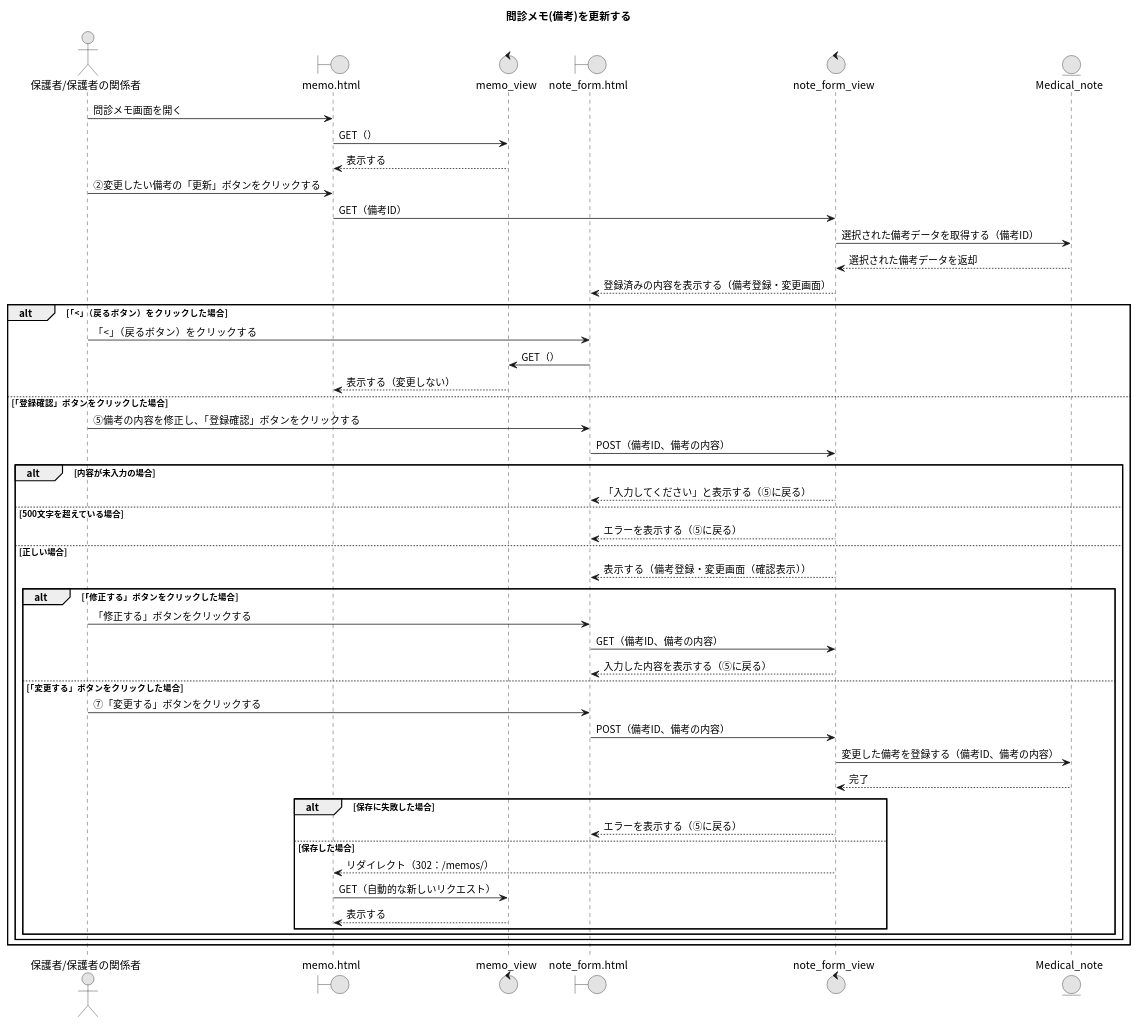
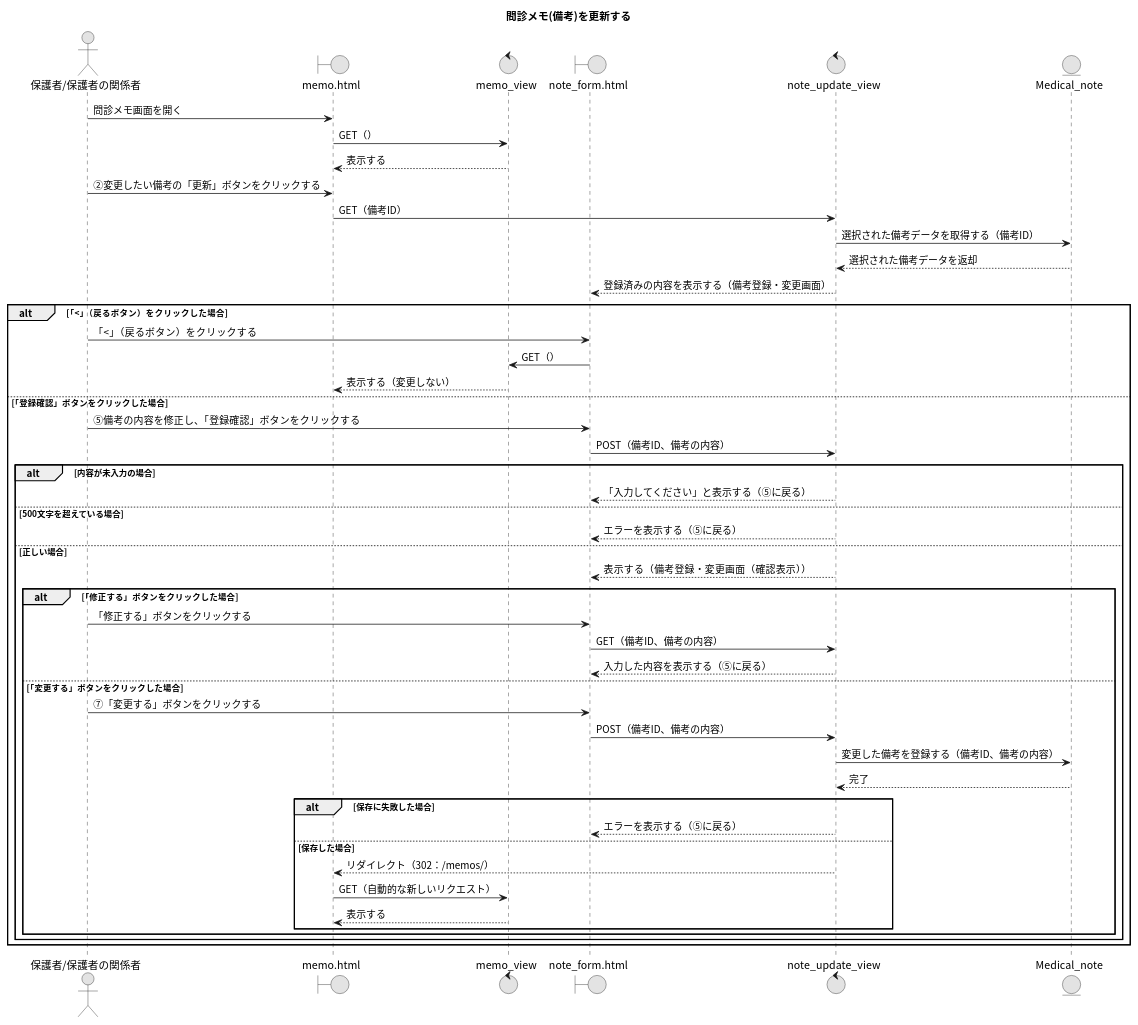
Before and after one commit to Ma2naga190330/26_sotugyou_puml: the diagram in 20_問診メモ(備考)を更新する.puml, drawn with PlantUML. The commit also changed 2 other files, not shown here.

```diff
--- a/20_問診メモ(備考)を更新する.puml
+++ b/20_問診メモ(備考)を更新する.puml
@@ -1,56 +1,56 @@
 @startuml
 title 問診メモ(備考)を更新する
 skinparam defaultFontName "Noto Sans CJK JP"
 skinparam monochrome true
 
 actor "保護者/保護者の関係者" as A
 boundary "memo.html" as MP
 control "memo_view" as MV
 boundary "note_form.html" as NFP
-control "note_form_view" as NFV
+control "note_update_view" as NUV
 entity "Medical_note" as MNM
 
 ' 最初の画面表示（問診メモ画面）
 A -> MP : 問診メモ画面を開く
 MP -> MV : GET（）
 MV --> MP : 表示する
 
 A -> MP : ②変更したい備考の「更新」ボタンをクリックする
-MP -> NFV : GET（備考ID）
-NFV -> MNM : 選択された備考データを取得する（備考ID）
-NFV <-- MNM : 選択された備考データを返却
-NFV --> NFP : 登録済みの内容を表示する（備考登録・変更画面）
+MP -> NUV : GET（備考ID）
+NUV -> MNM : 選択された備考データを取得する（備考ID）
+NUV <-- MNM : 選択された備考データを返却
+NUV --> NFP : 登録済みの内容を表示する（備考登録・変更画面）
 
 alt 「<」（戻るボタン）をクリックした場合
   A -> NFP : 「<」（戻るボタン）をクリックする
   NFP -> MV : GET（）
   MV --> MP : 表示する（変更しない）
 else 「登録確認」ボタンをクリックした場合
   A -> NFP : ⑤備考の内容を修正し、「登録確認」ボタンをクリックする
-  NFP -> NFV : POST（備考ID、備考の内容）
+  NFP -> NUV : POST（備考ID、備考の内容）
   alt 内容が未入力の場合
-    NFV --> NFP : 「入力してください」と表示する（⑤に戻る）
+    NUV --> NFP : 「入力してください」と表示する（⑤に戻る）
   else 500文字を超えている場合
-    NFV --> NFP : エラーを表示する（⑤に戻る）
+    NUV --> NFP : エラーを表示する（⑤に戻る）
   else 正しい場合
-    NFV --> NFP : 表示する（備考登録・変更画面（確認表示））
+    NUV --> NFP : 表示する（備考登録・変更画面（確認表示））
     alt 「修正する」ボタンをクリックした場合
       A -> NFP : 「修正する」ボタンをクリックする
-      NFP -> NFV : GET（備考ID、備考の内容）
-      NFV --> NFP : 入力した内容を表示する（⑤に戻る）
+      NFP -> NUV : GET（備考ID、備考の内容）
+      NUV --> NFP : 入力した内容を表示する（⑤に戻る）
     else 「変更する」ボタンをクリックした場合
       A -> NFP : ⑦「変更する」ボタンをクリックする
-      NFP -> NFV : POST（備考ID、備考の内容）
-      NFV -> MNM : 変更した備考を登録する（備考ID、備考の内容）
-      NFV <-- MNM : 完了
+      NFP -> NUV : POST（備考ID、備考の内容）
+      NUV -> MNM : 変更した備考を登録する（備考ID、備考の内容）
+      NUV <-- MNM : 完了
       alt 保存に失敗した場合
-        NFV --> NFP : エラーを表示する（⑤に戻る）
+        NUV --> NFP : エラーを表示する（⑤に戻る）
       else 保存した場合
-        MP <-- NFV : リダイレクト（302：/memos/）
+        MP <-- NUV : リダイレクト（302：/memos/）
         MP -> MV : GET（自動的な新しいリクエスト）
         MV --> MP : 表示する
       end
     end
   end
 end
 @enduml
```
